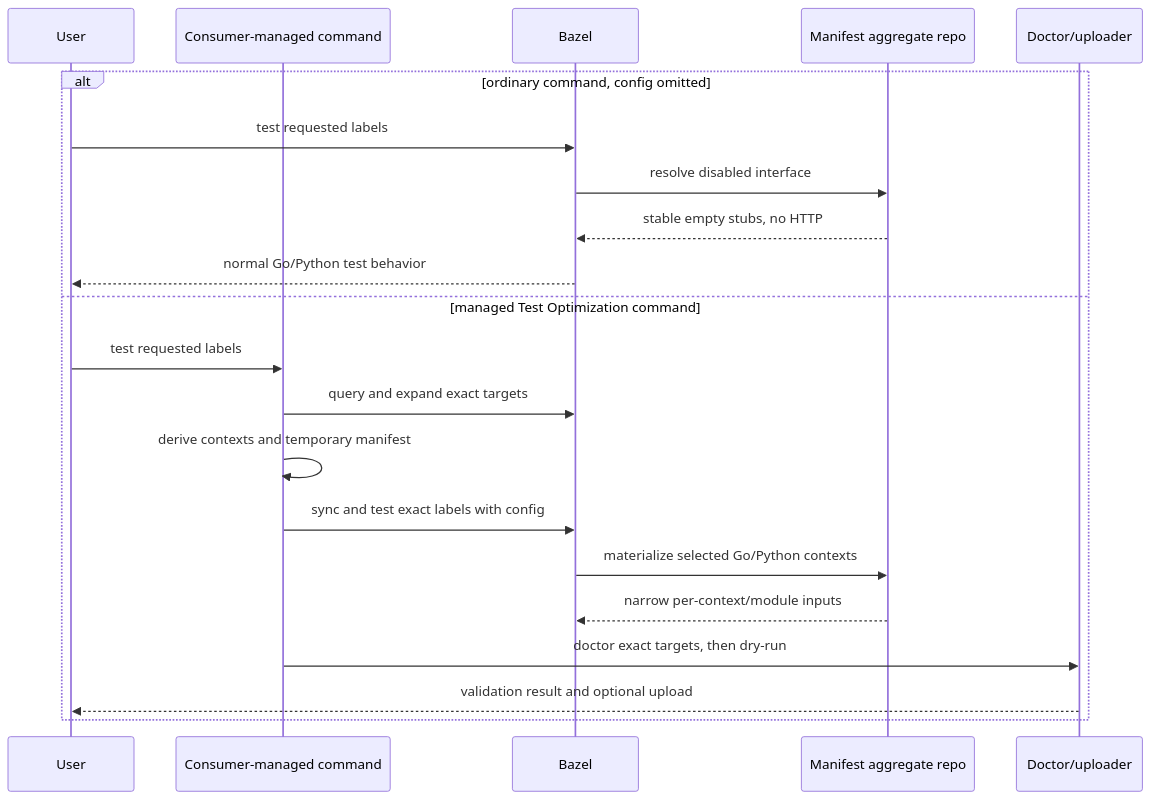
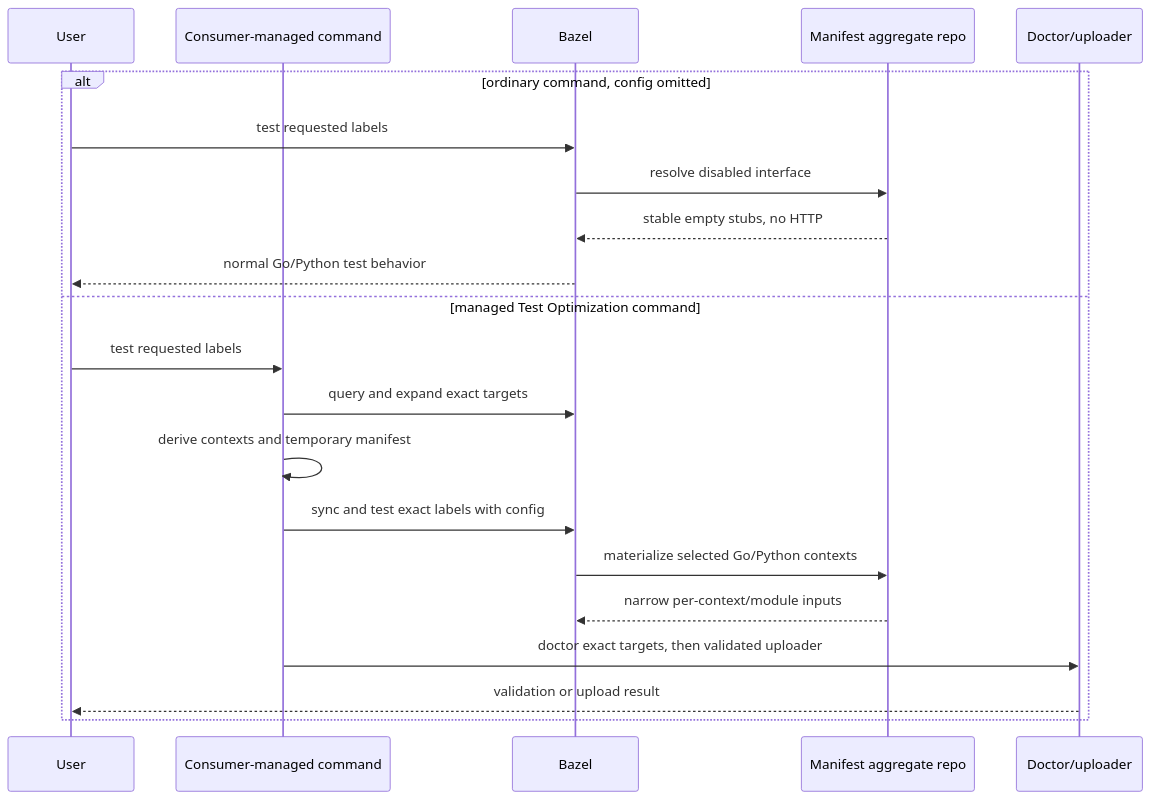
The diagram in docs/Language_Onboarding.md (DataDog/rules_test_optimization), drawn with Mermaid before and after one commit. The commit also changed other lines of this file and 1296 other files, not shown here.

````diff
--- a/docs/Language_Onboarding.md
+++ b/docs/Language_Onboarding.md
@@ -160,24 +153,24 @@
 ```mermaid
 sequenceDiagram
   participant User
   participant Runner as Consumer-managed command
   participant Bazel
   participant Sync as Manifest aggregate repo
   participant Post as Doctor/uploader
 
   alt ordinary command, config omitted
     User->>Bazel: test requested labels
     Bazel->>Sync: resolve disabled interface
     Sync-->>Bazel: stable empty stubs, no HTTP
     Bazel-->>User: normal Go/Python test behavior
   else managed Test Optimization command
     User->>Runner: test requested labels
     Runner->>Bazel: query and expand exact targets
     Runner->>Runner: derive contexts and temporary manifest
     Runner->>Bazel: sync and test exact labels with config
     Bazel->>Sync: materialize selected Go/Python contexts
     Sync-->>Bazel: narrow per-context/module inputs
-    Runner->>Post: doctor exact targets, then dry-run
-    Post-->>User: validation result and optional upload
+    Runner->>Post: doctor exact targets, then validated uploader
+    Post-->>User: validation or upload result
   end
 ```
````
